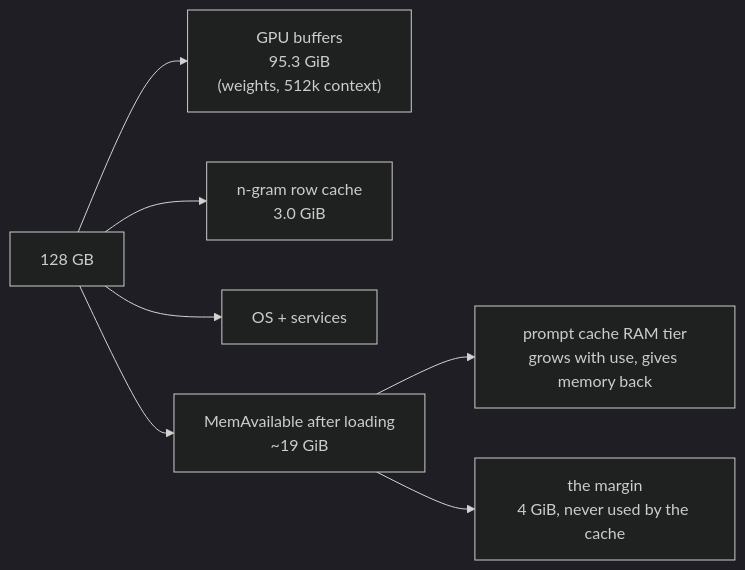
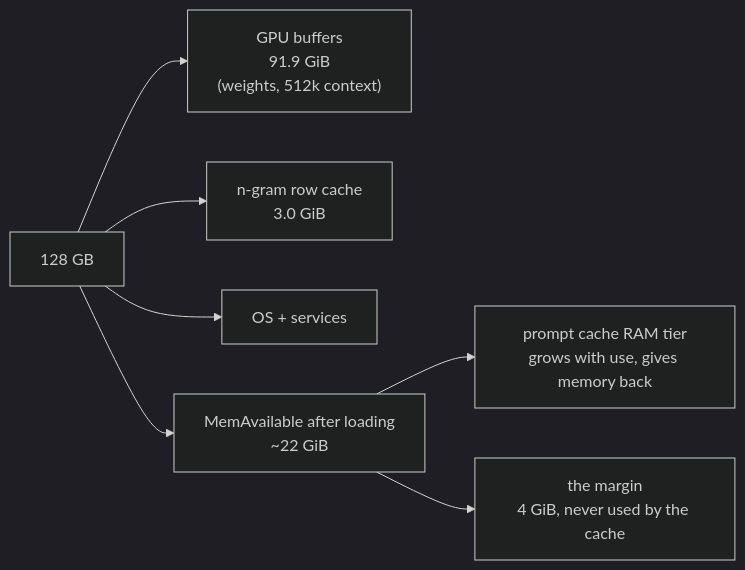
One commit to Cheblan/fastasfuck changed the first of 2 diagrams in docs/memory.md. Above: the diagram before and after it, drawn with Mermaid (dark theme). The commit also changed other lines of this file and 6 other files, not shown here.

First line of the commit message:
docs: v0.4.0 - the 8-bit KV cache's memory, no thinking cap by default, repeated images, roadmap

````diff
--- a/docs/memory.md
+++ b/docs/memory.md
@@ -48,9 +48,9 @@
 ```mermaid
 flowchart LR
-    total["128 GB"] --> gpu["GPU buffers<br/>95.3 GiB<br/>(weights, 512k context)"]
+    total["128 GB"] --> gpu["GPU buffers<br/>91.9 GiB<br/>(weights, 512k context)"]
     total --> rows["n-gram row cache<br/>3.0 GiB"]
     total --> os["OS + services"]
-    total --> avail["MemAvailable after loading<br/>~19 GiB"]
+    total --> avail["MemAvailable after loading<br/>~22 GiB"]
     avail --> tier["prompt cache RAM tier<br/>grows with use, gives memory back"]
     avail --> margin["the margin<br/>4 GiB, never used by the cache"]
 ```
````
